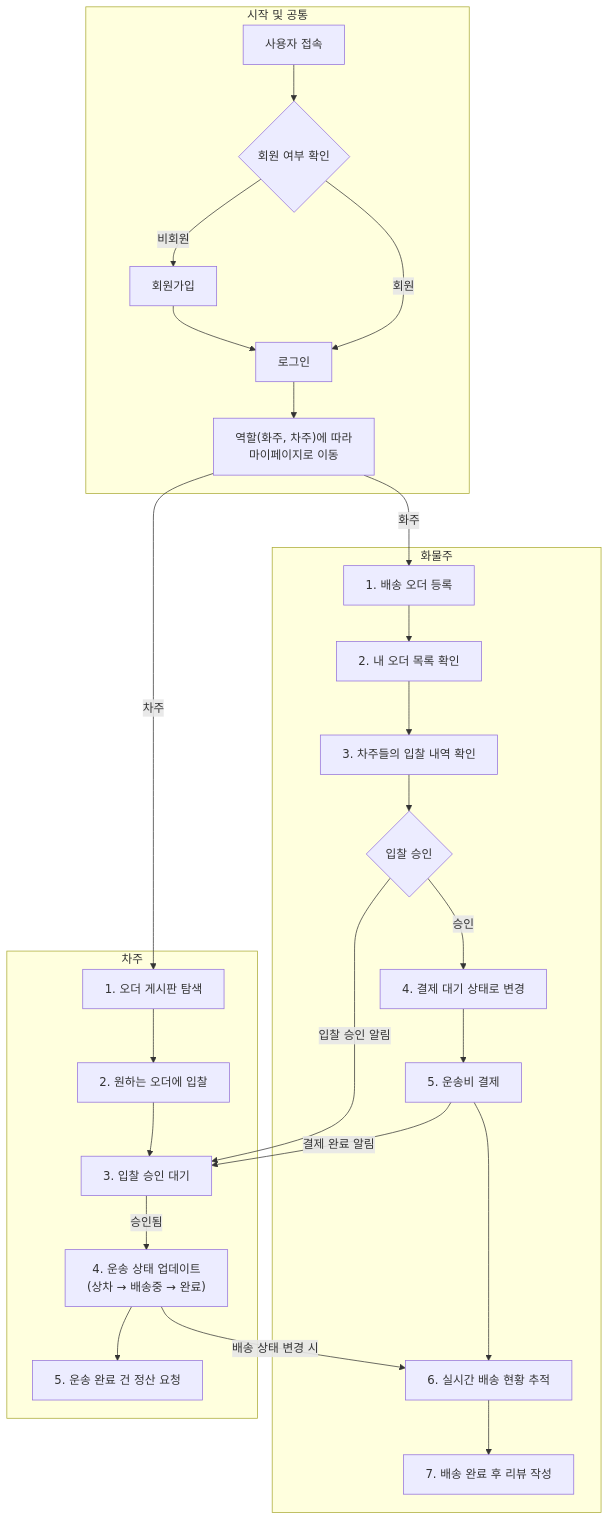
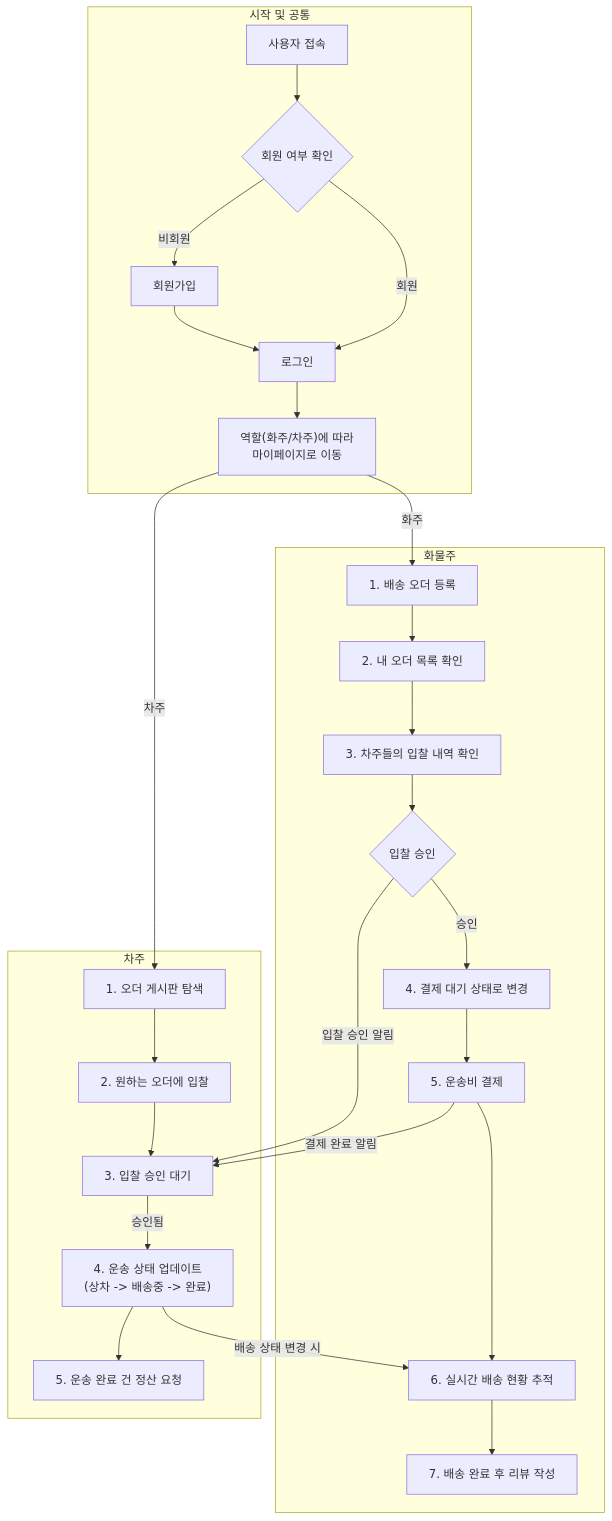
The diagram in README.md (mineruwo/Idle_React_Project), drawn with Mermaid before and after one commit.

Commit message:
doc 플로우 차트 수정(idrp-94)

````diff
--- a/README.md
+++ b/README.md
@@ -204,36 +204,36 @@
 ```mermaid
 graph TD
     subgraph "시작 및 공통"
         A[사용자 접속] --> B{회원 여부 확인};
         B -- 비회원 --> C[회원가입];
         C --> D[로그인];
         B -- 회원 --> D;
-        D --> E["역할(화주, 차주)에 따라
+        D --> E["역할(화주/차주)에 따라
 마이페이지로 이동"];
     end
 
     subgraph "화물주"
         E -- 화주 --> F[1. 배송 오더 등록];
         F --> G[2. 내 오더 목록 확인];
         G --> H[3. 차주들의 입찰 내역 확인];
         H --> I{입찰 승인};
         I -- 승인 --> J[4. 결제 대기 상태로 변경];
         J --> K[5. 운송비 결제];
         K --> L[6. 실시간 배송 현황 추적];
         L --> M[7. 배송 완료 후 리뷰 작성];
     end
 
     subgraph "차주"
         E -- 차주 --> N[1. 오더 게시판 탐색];
         N --> O[2. 원하는 오더에 입찰];
         O --> P[3. 입찰 승인 대기];
         P -- 승인됨 --> Q["4. 운송 상태 업데이트
-(상차 → 배송중 → 완료)"];
+(상차 -> 배송중 -> 완료)"];
         Q --> R[5. 운송 완료 건 정산 요청];
     end
 
     %% 흐름 연결
     I -- 입찰 승인 알림 --> P;
     K -- 결제 완료 알림 --> P;
     Q -- 배송 상태 변경 시 --> L;
 ```
````
